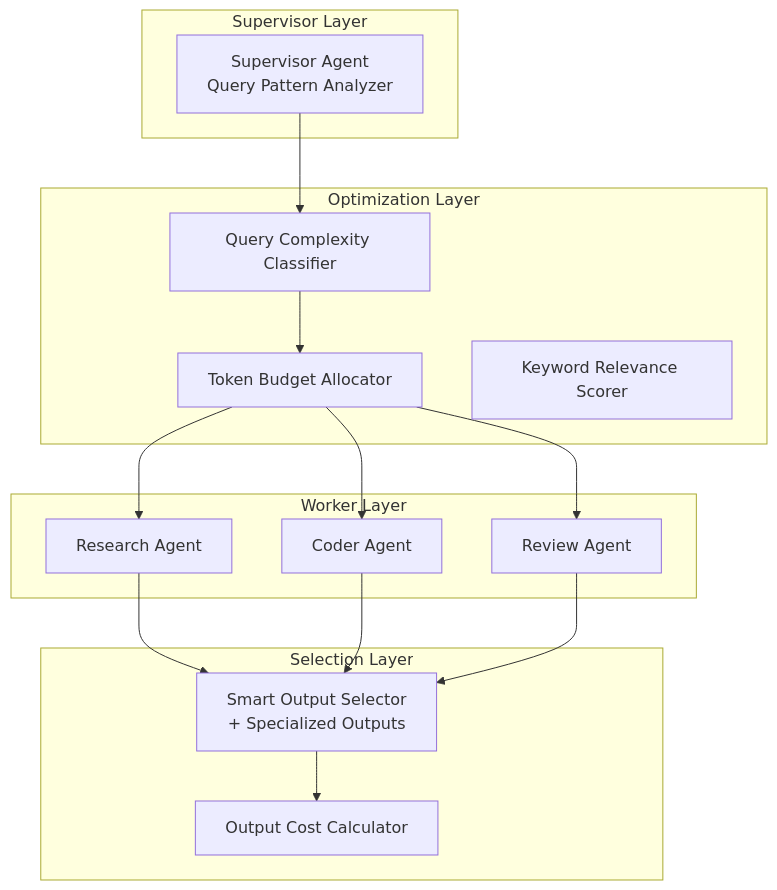
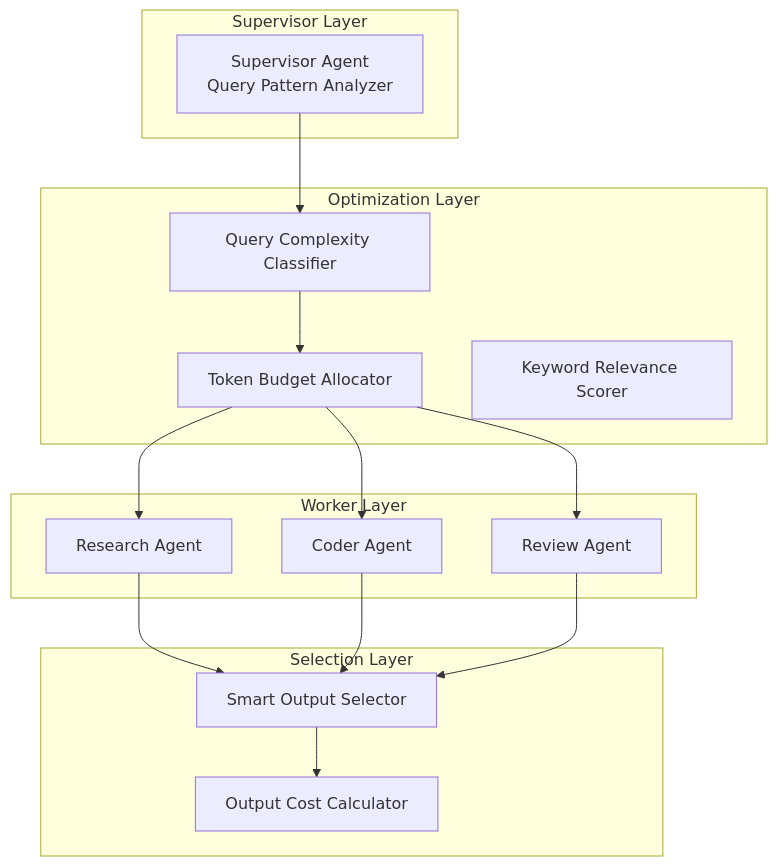
The diagram in README.md (xiangbianpangde/mas-evolution-test), drawn with Mermaid before and after one commit. The commit also changed other lines of this file, not shown here.

````diff
--- a/README.md
+++ b/README.md
@@ -15,33 +17,33 @@
 ```mermaid
 graph TB
     subgraph "Supervisor Layer"
         S[Supervisor Agent<br/>Query Pattern Analyzer]
     end
     
     subgraph "Optimization Layer"
         Q[Query Complexity Classifier]
         T[Token Budget Allocator]
         R[Keyword Relevance Scorer]
     end
     
     subgraph "Worker Layer"
         W1[Research Agent]
         W2[Coder Agent]
         W3[Review Agent]
     end
     
     subgraph "Selection Layer"
-        O[Smart Output Selector<br/>+ Specialized Outputs]
+        O[Smart Output Selector]
         C[Output Cost Calculator]
     end
     
     S --> Q
     Q --> T
     T --> W1
     T --> W2
     T --> W3
     W1 --> O
     W2 --> O
     W3 --> O
     O --> C
 ```
````
